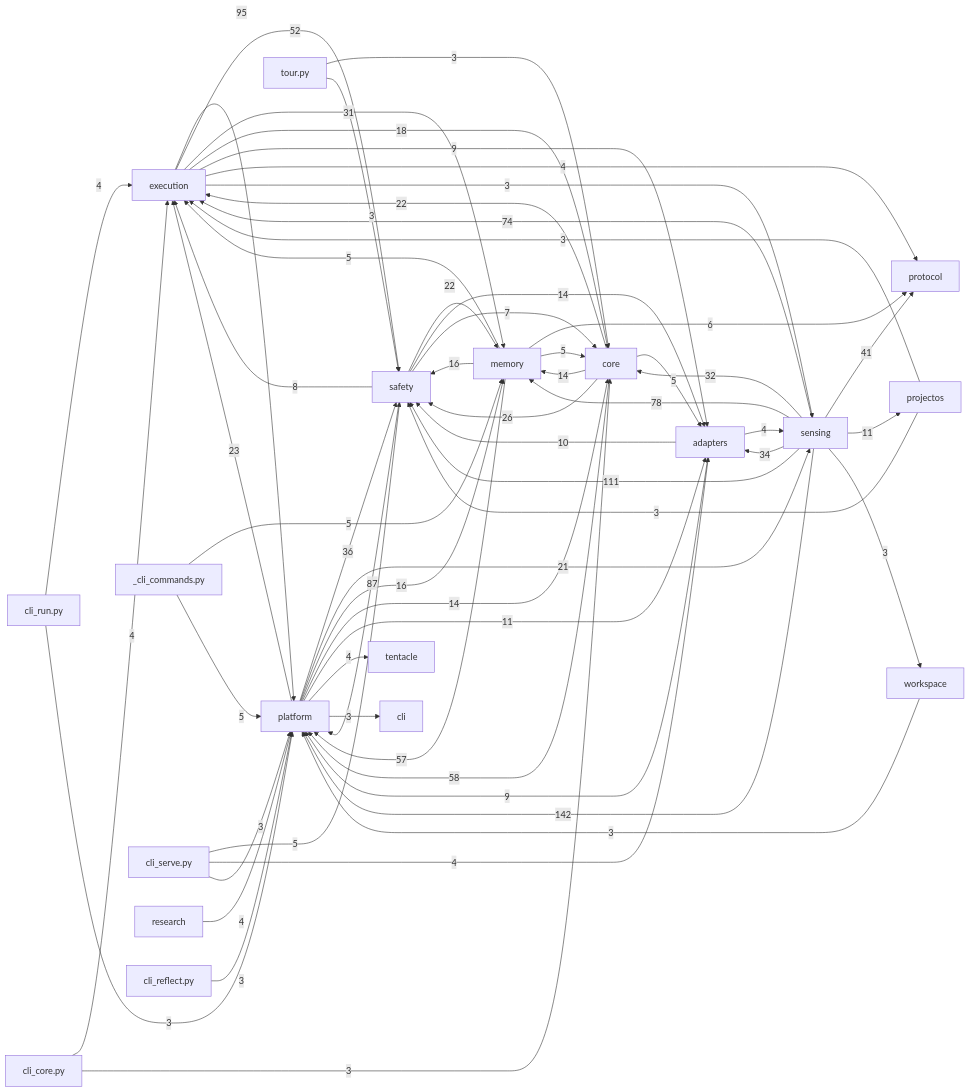
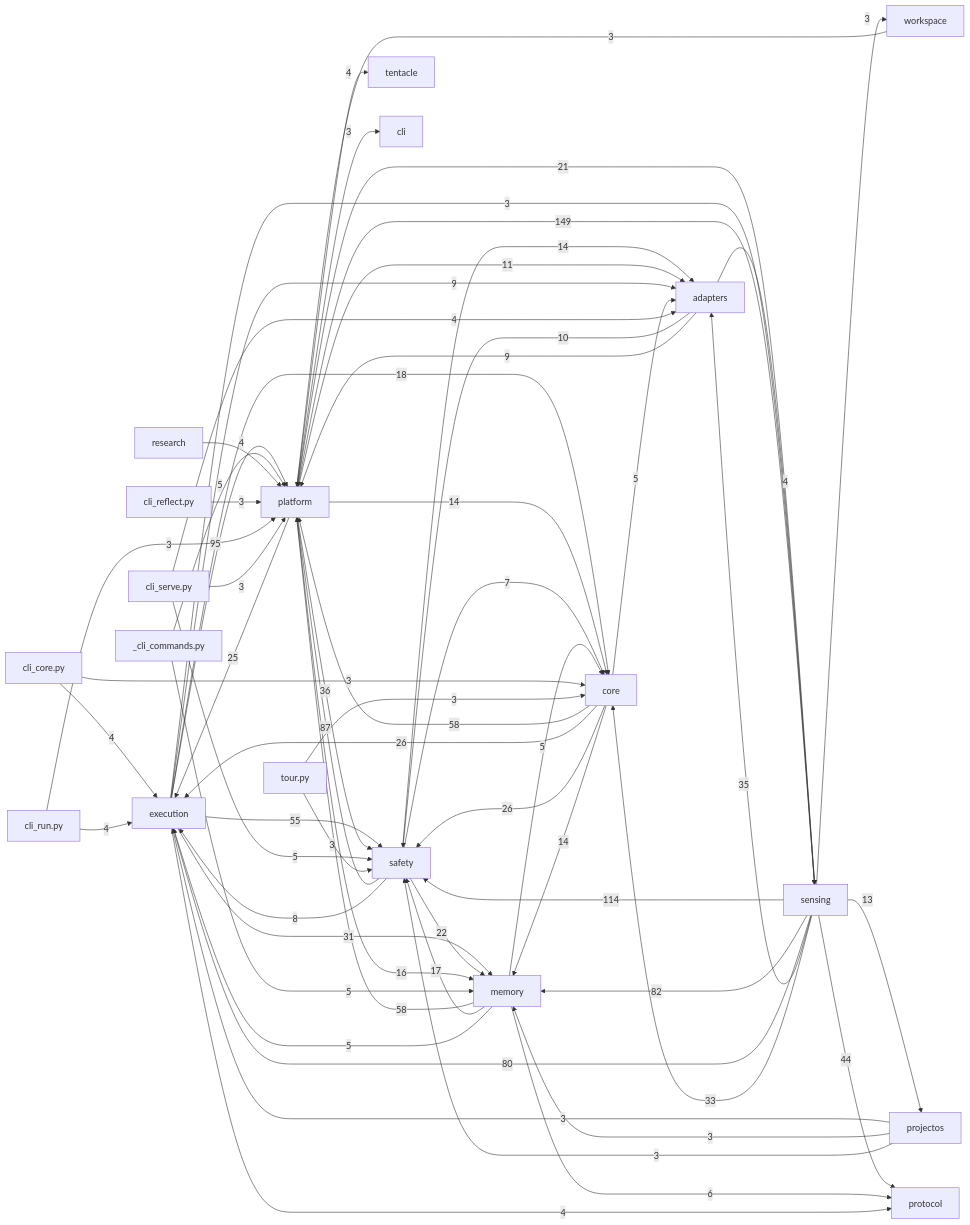
The diagram in docs/auto/20-backend/index.md (dengdenghua/octopus-agent), drawn with Mermaid before and after one commit. The commit also changed 282 other files, not shown here.

````diff
--- a/docs/auto/20-backend/index.md
+++ b/docs/auto/20-backend/index.md
@@ -26,68 +26,69 @@
 ```mermaid
 graph LR
   execution[execution]
   core[core]
   safety[safety]
   memory[memory]
   sensing[sensing]
   adapters[adapters]
   platform[platform]
-  sensing -- 142 --> platform
-  sensing -- 111 --> safety
+  sensing -- 149 --> platform
+  sensing -- 114 --> safety
   execution -- 95 --> platform
   safety -- 87 --> platform
-  sensing -- 78 --> memory
-  sensing -- 74 --> execution
+  sensing -- 82 --> memory
+  sensing -- 80 --> execution
   core -- 58 --> platform
-  memory -- 57 --> platform
-  execution -- 52 --> safety
-  sensing -- 41 --> protocol
+  memory -- 58 --> platform
+  execution -- 55 --> safety
+  sensing -- 44 --> protocol
   platform -- 36 --> safety
-  sensing -- 34 --> adapters
-  sensing -- 32 --> core
+  sensing -- 35 --> adapters
+  sensing -- 33 --> core
   execution -- 31 --> memory
+  core -- 26 --> execution
   core -- 26 --> safety
-  platform -- 23 --> execution
-  core -- 22 --> execution
+  platform -- 25 --> execution
   safety -- 22 --> memory
   platform -- 21 --> sensing
   execution -- 18 --> core
-  memory -- 16 --> safety
+  memory -- 17 --> safety
   platform -- 16 --> memory
   core -- 14 --> memory
   platform -- 14 --> core
   safety -- 14 --> adapters
+  sensing -- 13 --> projectos
   platform -- 11 --> adapters
-  sensing -- 11 --> projectos
   adapters -- 10 --> safety
   adapters -- 9 --> platform
   execution -- 9 --> adapters
   safety -- 8 --> execution
   safety -- 7 --> core
   memory -- 6 --> protocol
   _cli_commands.py -- 5 --> memory
   _cli_commands.py -- 5 --> platform
   cli_serve.py -- 5 --> safety
   core -- 5 --> adapters
   memory -- 5 --> core
   memory -- 5 --> execution
   adapters -- 4 --> sensing
   cli_core.py -- 4 --> execution
   cli_run.py -- 4 --> execution
   cli_serve.py -- 4 --> adapters
   execution -- 4 --> protocol
   platform -- 4 --> tentacle
   research -- 4 --> platform
   cli_core.py -- 3 --> core
   cli_reflect.py -- 3 --> platform
   cli_run.py -- 3 --> platform
   cli_serve.py -- 3 --> platform
   execution -- 3 --> sensing
   platform -- 3 --> cli
   projectos -- 3 --> execution
+  projectos -- 3 --> memory
   projectos -- 3 --> safety
   sensing -- 3 --> workspace
   tour.py -- 3 --> core
   tour.py -- 3 --> safety
   workspace -- 3 --> platform
 ```
````
